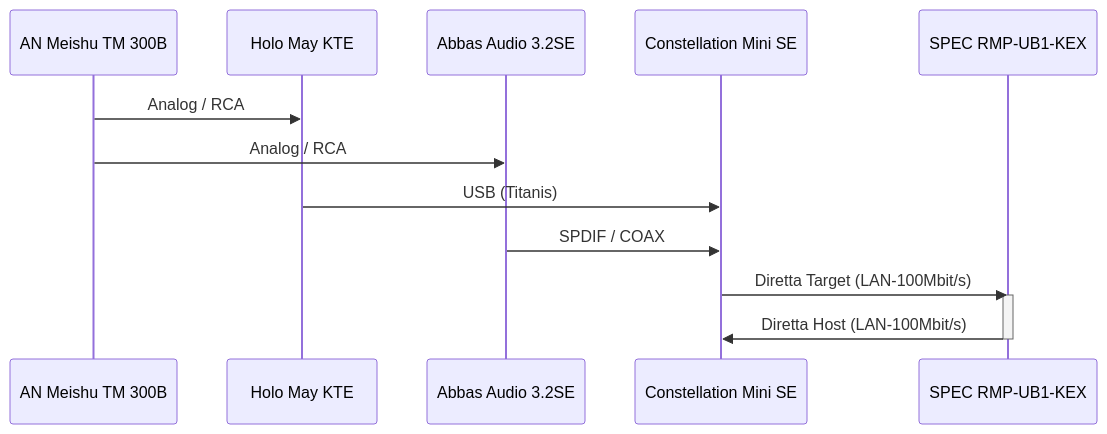
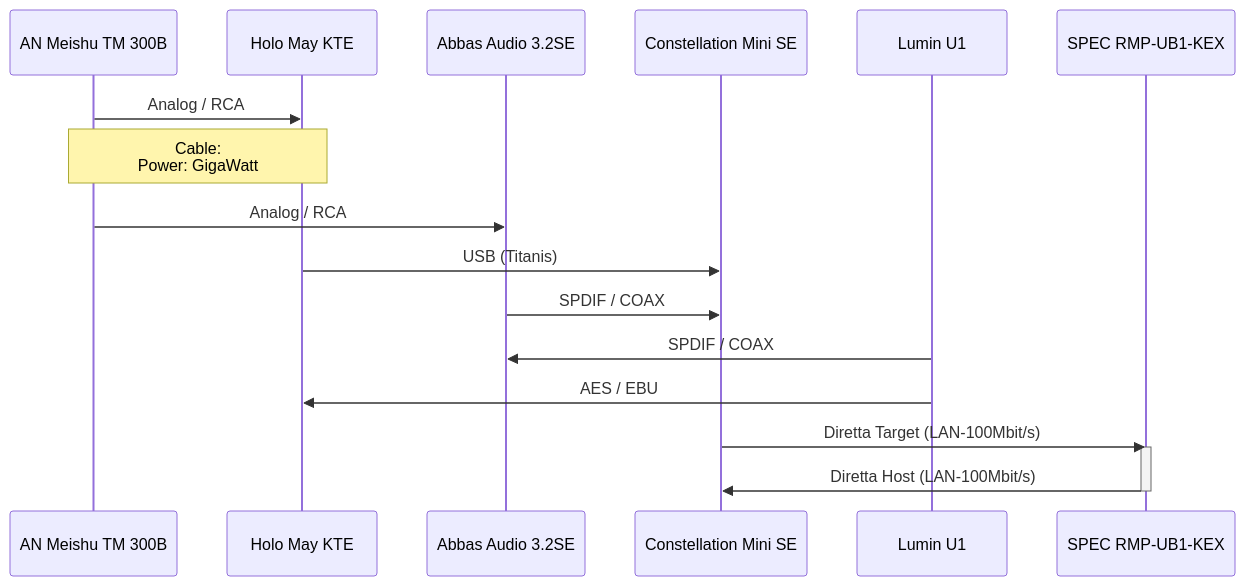
Before and after one commit to geraldfehringer/diretta: the diagram in gerihifi-setup.md, drawn with Mermaid. The commit also changed other lines of this file, not shown here.

````diff
--- a/gerihifi-setup.md
+++ b/gerihifi-setup.md
@@ -7,11 +7,14 @@
 ```mermaid
 sequenceDiagram
     AN Meishu TM 300B->>Holo May KTE: Analog / RCA
+    Note over AN Meishu TM 300B,Holo May KTE: Cable: <br> Power: GigaWatt
     AN Meishu TM 300B->>Abbas Audio 3.2SE: Analog / RCA
     Holo May KTE->>Constellation Mini SE: USB (Titanis)
     Abbas Audio 3.2SE->>Constellation Mini SE: SPDIF / COAX
+    Lumin U1->>Abbas Audio 3.2SE: SPDIF / COAX
+    Lumin U1->>Holo May KTE: AES / EBU
     Constellation Mini SE->>SPEC RMP-UB1-KEX: Diretta Target (LAN-100Mbit/s)
     activate SPEC RMP-UB1-KEX
     SPEC RMP-UB1-KEX->>Constellation Mini SE: Diretta Host (LAN-100Mbit/s)
     deactivate SPEC RMP-UB1-KEX
 ```
````
